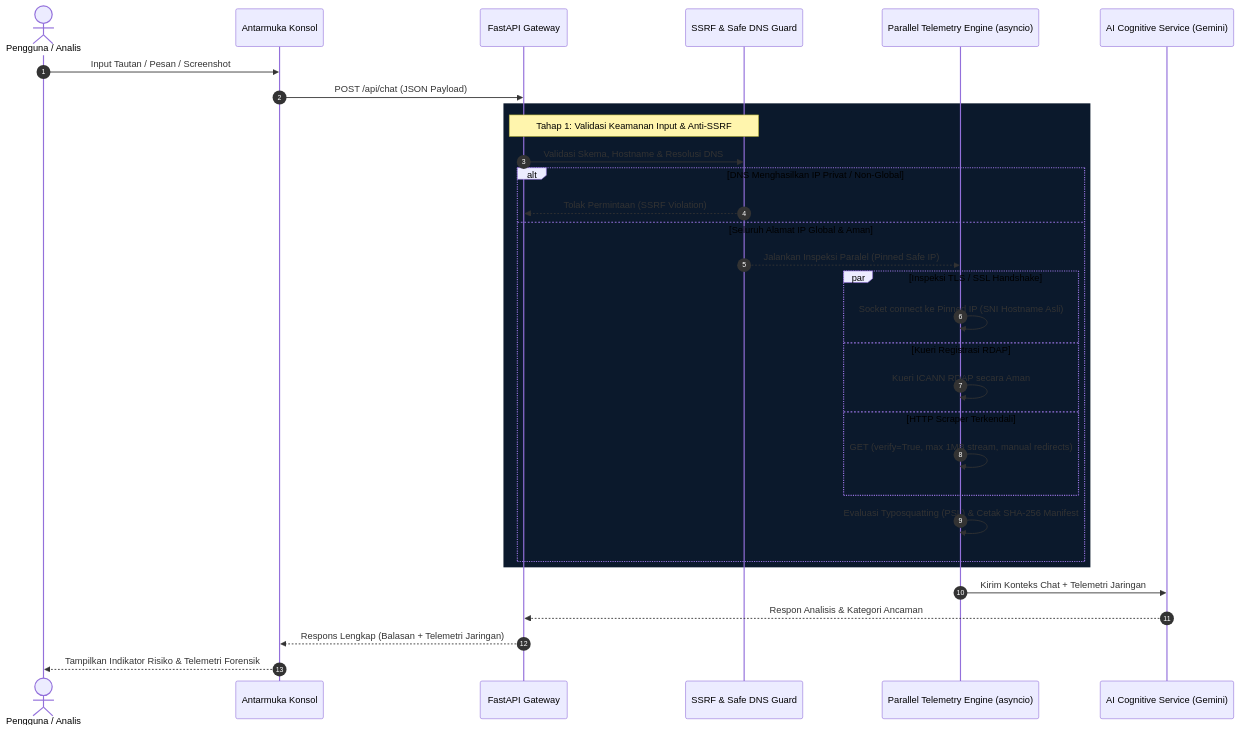
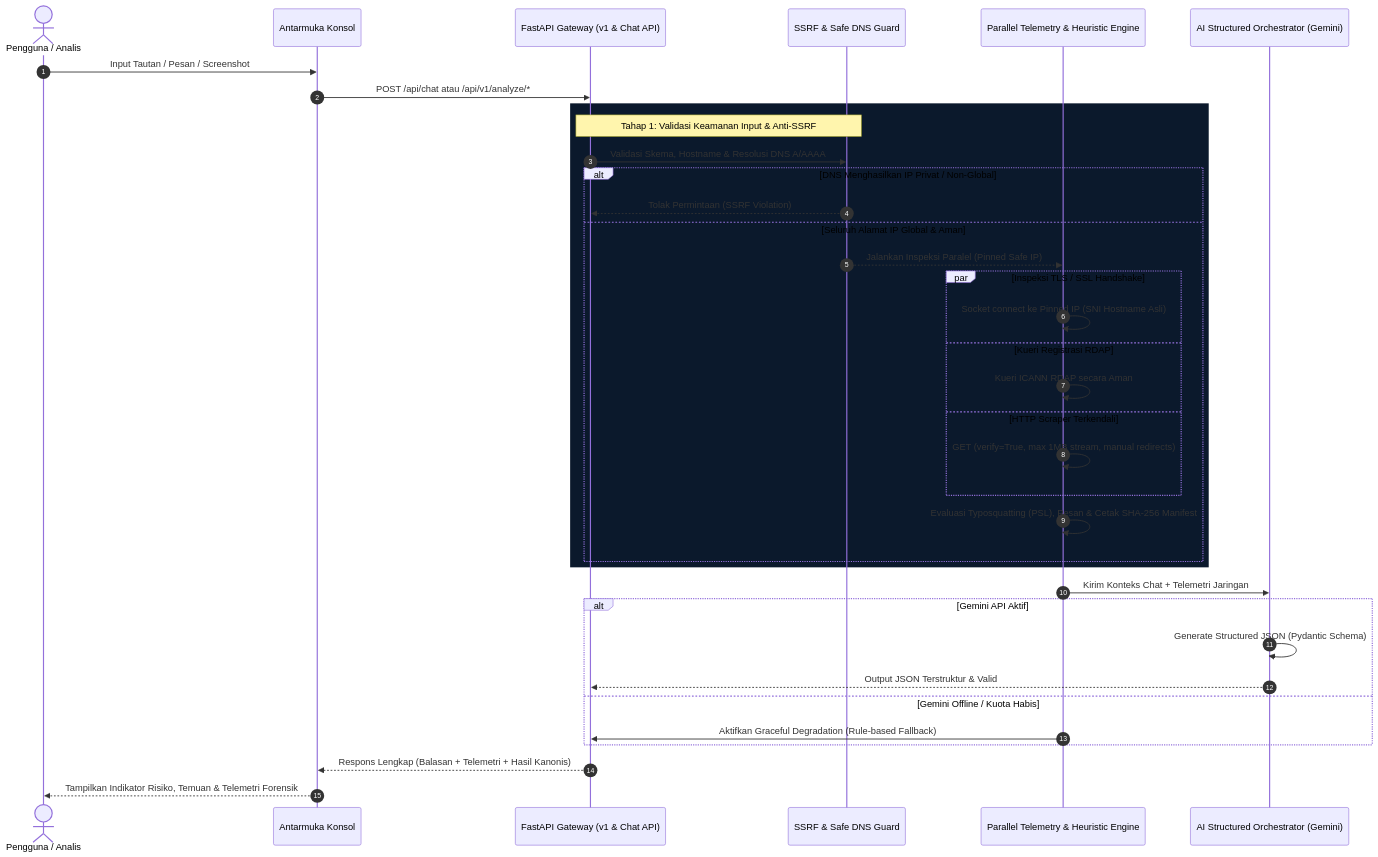
Before and after one commit to ChoqySirait/Chatbot: the first of 2 diagrams in README.md, drawn with Mermaid. The commit also changed other lines of this file and 3 other files, not shown here.

Commit message:
feat(api): implement v1 analysis endpoints, structured logging, and update documentation

````diff
--- a/README.md
+++ b/README.md
@@ -69,36 +72,42 @@
 ```mermaid
 sequenceDiagram
     autonumber
     actor User as Pengguna / Analis
     participant UI as Antarmuka Konsol
-    participant GW as FastAPI Gateway
+    participant GW as FastAPI Gateway (v1 & Chat API)
     participant SEC as SSRF & Safe DNS Guard
-    participant Core as Parallel Telemetry Engine (asyncio)
-    participant AI as AI Cognitive Service (Gemini)
+    participant Core as Parallel Telemetry & Heuristic Engine
+    participant AI as AI Structured Orchestrator (Gemini)
 
     User->>UI: Input Tautan / Pesan / Screenshot
-    UI->>GW: POST /api/chat (JSON Payload)
+    UI->>GW: POST /api/chat atau /api/v1/analyze/*
     
     rect rgb(11, 25, 44)
         Note over GW,SEC: Tahap 1: Validasi Keamanan Input & Anti-SSRF
-        GW->>SEC: Validasi Skema, Hostname & Resolusi DNS
+        GW->>SEC: Validasi Skema, Hostname & Resolusi DNS A/AAAA
         alt DNS Menghasilkan IP Privat / Non-Global
             SEC-->>GW: Tolak Permintaan (SSRF Violation)
         else Seluruh Alamat IP Global & Aman
             SEC-->>Core: Jalankan Inspeksi Paralel (Pinned Safe IP)
             par Inspeksi TLS / SSL Handshake
                 Core->>Core: Socket connect ke Pinned IP (SNI Hostname Asli)
             and Kueri Registrasi RDAP
                 Core->>Core: Kueri ICANN RDAP secara Aman
             and HTTP Scraper Terkendali
                 Core->>Core: GET (verify=True, max 1MB stream, manual redirects)
             end
-            Core->>Core: Evaluasi Typosquatting (PSL) & Cetak SHA-256 Manifest
+            Core->>Core: Evaluasi Typosquatting (PSL), Pesan & Cetak SHA-256 Manifest
         end
     end
 
     Core->>AI: Kirim Konteks Chat + Telemetri Jaringan
-    AI-->>GW: Respon Analisis & Kategori Ancaman
-    GW-->>UI: Respons Lengkap (Balasan + Telemetri Jaringan)
-    UI-->>User: Tampilkan Indikator Risiko & Telemetri Forensik
+    alt Gemini API Aktif
+        AI->>AI: Generate Structured JSON (Pydantic Schema)
+        AI-->>GW: Output JSON Terstruktur & Valid
+    else Gemini Offline / Kuota Habis
+        Core->>GW: Aktifkan Graceful Degradation (Rule-based Fallback)
+    end
+    
+    GW-->>UI: Respons Lengkap (Balasan + Telemetri + Hasil Kanonis)
+    UI-->>User: Tampilkan Indikator Risiko, Temuan & Telemetri Forensik
 ```
````
